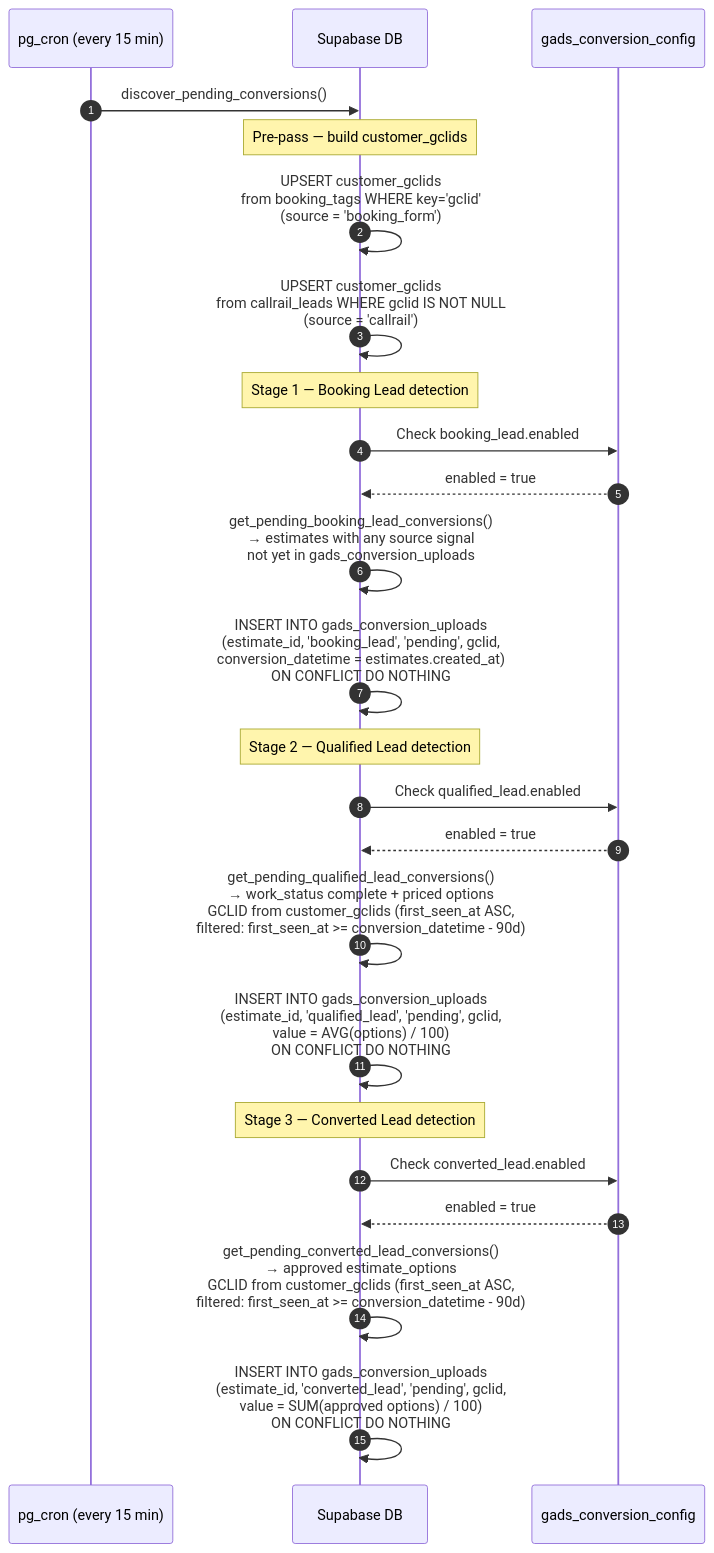
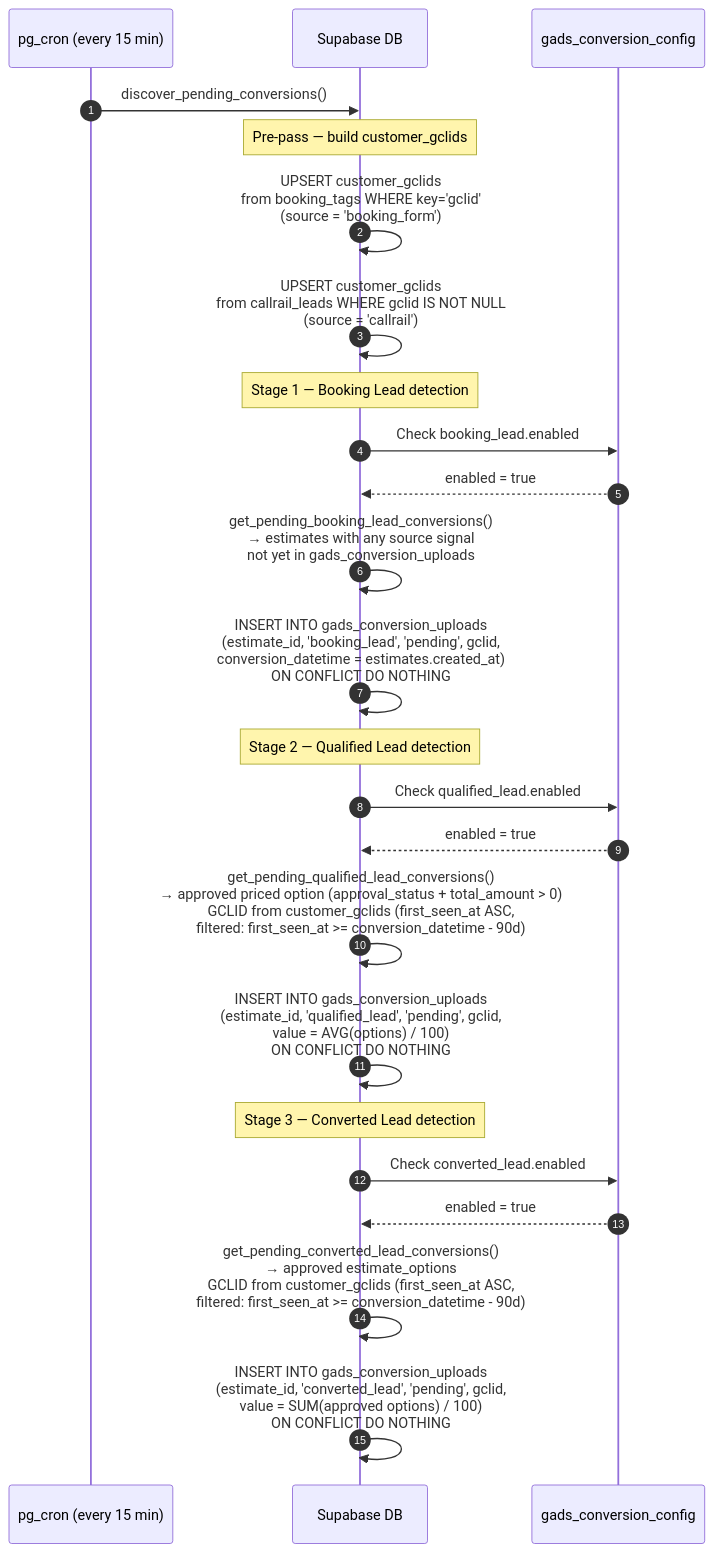
One commit to Appassion-Dev/onyx-architecture changed the third of 4 diagrams in specs/full-stack-architecture/spec.md. Above: the diagram before and after it, drawn with Mermaid. The commit also changed other lines of this file, not shown here.

Commit message:
feat: update conversion discovery documentation for clarity on lead stages and cleanup process

````diff
--- a/specs/full-stack-architecture/spec.md
+++ b/specs/full-stack-architecture/spec.md
@@ -111,35 +111,35 @@
 ```mermaid
 sequenceDiagram
     autonumber
     participant CRON as pg_cron (every 15 min)
     participant DB as Supabase DB
     participant CFG as gads_conversion_config
 
     CRON->>DB: discover_pending_conversions()
 
     Note over DB: Pre-pass — build customer_gclids
 
     DB->>DB: UPSERT customer_gclids<br/>from booking_tags WHERE key='gclid'<br/>(source = 'booking_form')
     DB->>DB: UPSERT customer_gclids<br/>from callrail_leads WHERE gclid IS NOT NULL<br/>(source = 'callrail')
 
     Note over DB: Stage 1 — Booking Lead detection
 
     DB->>CFG: Check booking_lead.enabled
     CFG-->>DB: enabled = true
     DB->>DB: get_pending_booking_lead_conversions()<br/>→ estimates with any source signal<br/>not yet in gads_conversion_uploads
     DB->>DB: INSERT INTO gads_conversion_uploads<br/>(estimate_id, 'booking_lead', 'pending', gclid,<br/>conversion_datetime = estimates.created_at)<br/>ON CONFLICT DO NOTHING
 
     Note over DB: Stage 2 — Qualified Lead detection
 
     DB->>CFG: Check qualified_lead.enabled
     CFG-->>DB: enabled = true
-    DB->>DB: get_pending_qualified_lead_conversions()<br/>→ work_status complete + priced options<br/>GCLID from customer_gclids (first_seen_at ASC,<br/>filtered: first_seen_at >= conversion_datetime - 90d)
+    DB->>DB: get_pending_qualified_lead_conversions()<br/>→ approved priced option (approval_status + total_amount > 0)<br/>GCLID from customer_gclids (first_seen_at ASC,<br/>filtered: first_seen_at >= conversion_datetime - 90d)
     DB->>DB: INSERT INTO gads_conversion_uploads<br/>(estimate_id, 'qualified_lead', 'pending', gclid,<br/>value = AVG(options) / 100)<br/>ON CONFLICT DO NOTHING
 
     Note over DB: Stage 3 — Converted Lead detection
 
     DB->>CFG: Check converted_lead.enabled
     CFG-->>DB: enabled = true
     DB->>DB: get_pending_converted_lead_conversions()<br/>→ approved estimate_options<br/>GCLID from customer_gclids (first_seen_at ASC,<br/>filtered: first_seen_at >= conversion_datetime - 90d)
     DB->>DB: INSERT INTO gads_conversion_uploads<br/>(estimate_id, 'converted_lead', 'pending', gclid,<br/>value = SUM(approved options) / 100)<br/>ON CONFLICT DO NOTHING
 ```
````
